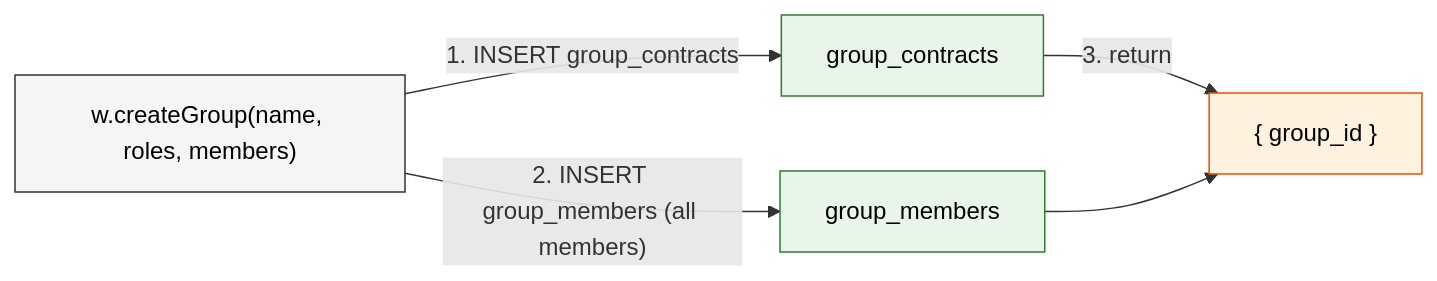
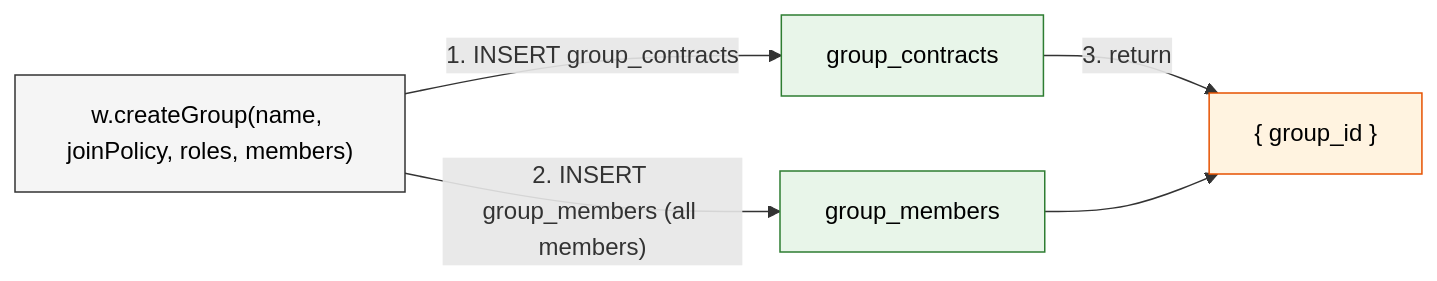
Before and after one commit to jacoby149/web10: the second of 7 diagrams in knowledge/knowledge-base/web10-v3/sdk/api.md, drawn with Mermaid. The commit also changed other lines of this file and 4 other files, not shown here.

````diff
--- a/knowledge/knowledge-base/web10-v3/sdk/api.md
+++ b/knowledge/knowledge-base/web10-v3/sdk/api.md
@@ -312,12 +278,12 @@
 ```mermaid
 flowchart LR
-    App["w.createGroup(name, roles, members)"] -->|"1. INSERT group_contracts"| GC["group_contracts"]
+    App["w.createGroup(name, joinPolicy, roles, members)"] -->|"1. INSERT group_contracts"| GC["group_contracts"]
     App -->|"2. INSERT group_members (all members)"| GM["group_members"]
     GC -->|"3. return"| Res["{ group_id }"]
     GM --> Res
 
     style App fill:#f5f5f5,stroke:#333,color:#000
     style GC fill:#e8f5e9,stroke:#2e7d32,color:#000
     style GM fill:#e8f5e9,stroke:#2e7d32,color:#000
     style Res fill:#fff3e0,stroke:#e65100,color:#000
 ```
````
